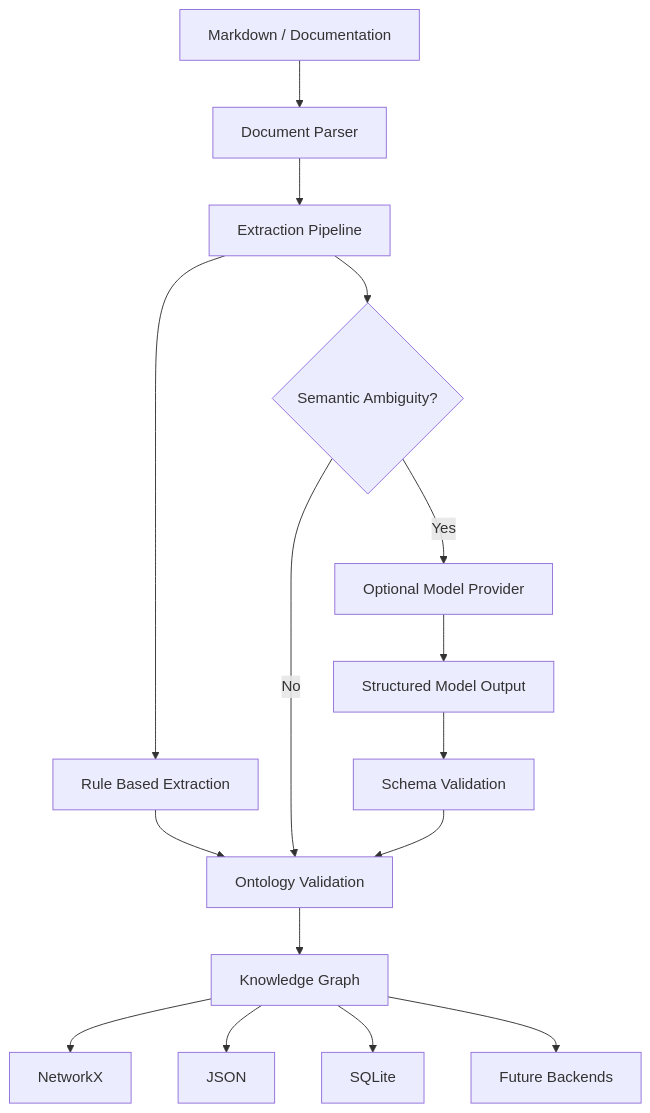
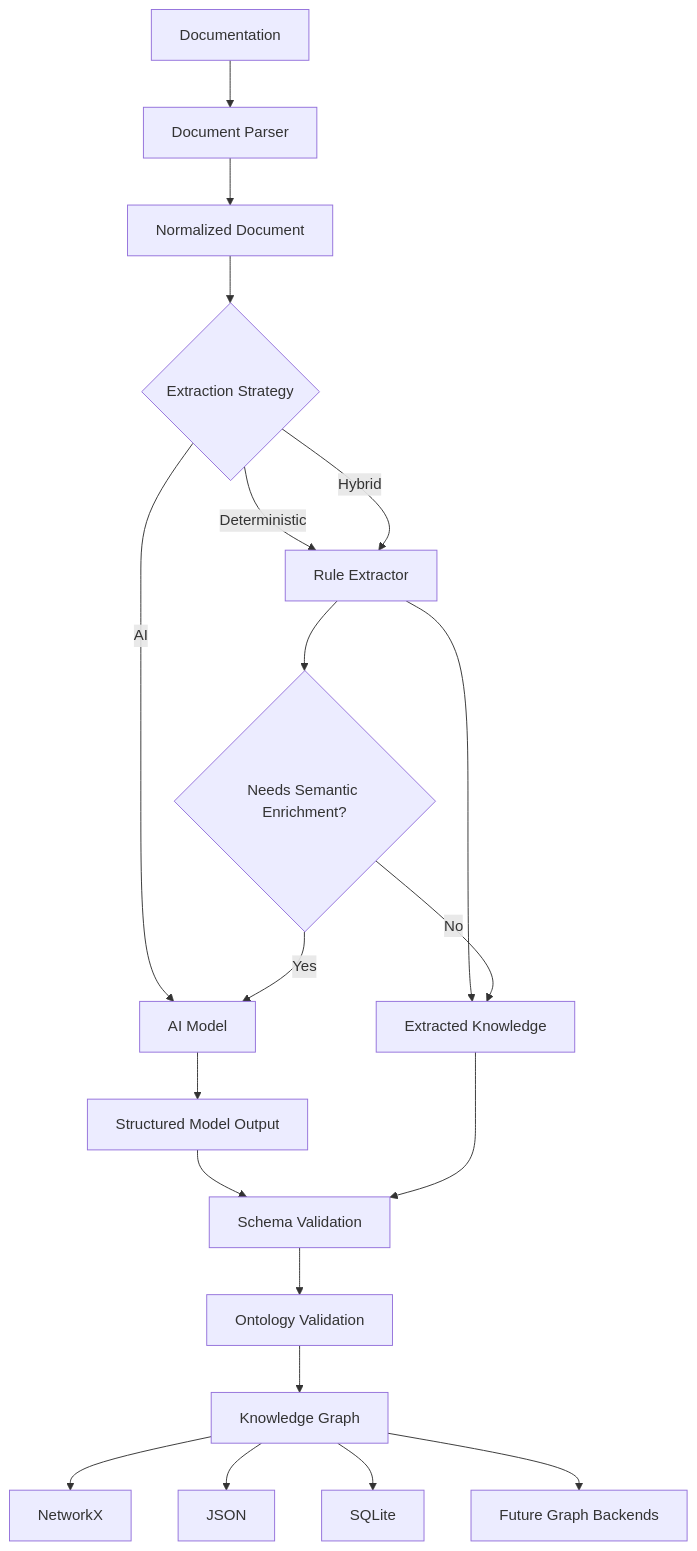
Before and after one commit to nitesh-sharma-01/docgraph: the diagram in README.md, drawn with Mermaid. The commit also changed other lines of this file and 58 other files, not shown here.

````diff
--- a/README.md
+++ b/README.md
@@ -211,33 +211,35 @@
 ```mermaid
 flowchart TD
 
-    A[Markdown / Documentation] --> B[Document Parser]
+    A[Documentation] --> B[Document Parser]
 
-    B --> C[Extraction Pipeline]
+    B --> C[Normalized Document]
 
-    C --> D[Rule Based Extraction]
+    C --> D{Extraction Strategy}
 
-    D --> E[Ontology Validation]
+    D -->|Deterministic| E[Rule Extractor]
+    D -->|AI| F[AI Model]
+    D -->|Hybrid| E
 
-    E --> F[Knowledge Graph]
+    E --> G[Extracted Knowledge]
 
-    C --> G{Semantic Ambiguity?}
+    E --> H{Needs Semantic Enrichment?}
 
-    G -->|No| E
+    H -->|Yes| F
+    H -->|No| G
 
-    G -->|Yes| H[Optional Model Provider]
-
-    H --> I[Structured Model Output]
+    F --> I[Structured Model Output]
 
     I --> J[Schema Validation]
 
-    J --> E
+    G --> J
 
-    F --> K[NetworkX]
+    J --> K[Ontology Validation]
 
-    F --> L[JSON]
+    K --> L[Knowledge Graph]
 
-    F --> M[SQLite]
-
-    F --> N[Future Backends]
+    L --> M[NetworkX]
+    L --> N[JSON]
+    L --> O[SQLite]
+    L --> P[Future Graph Backends]
 ```
````
